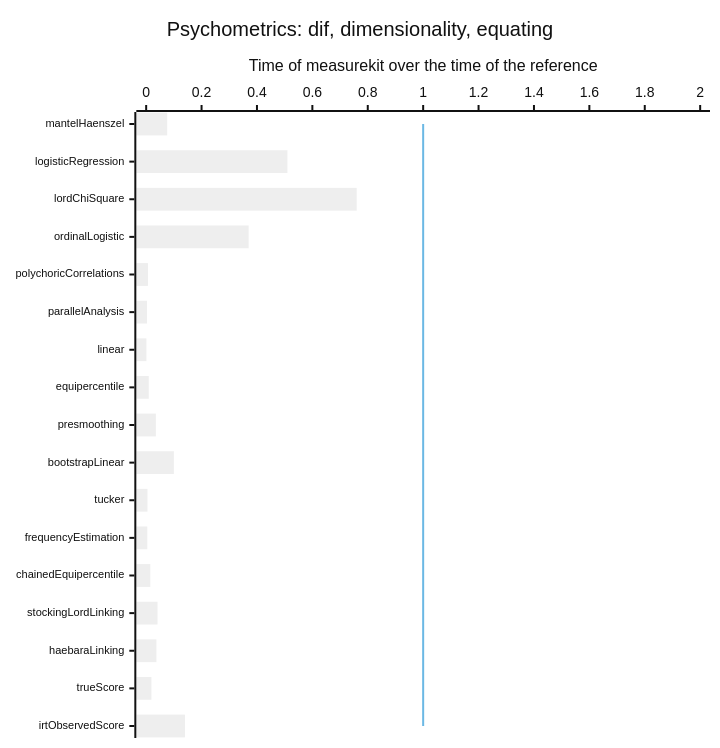
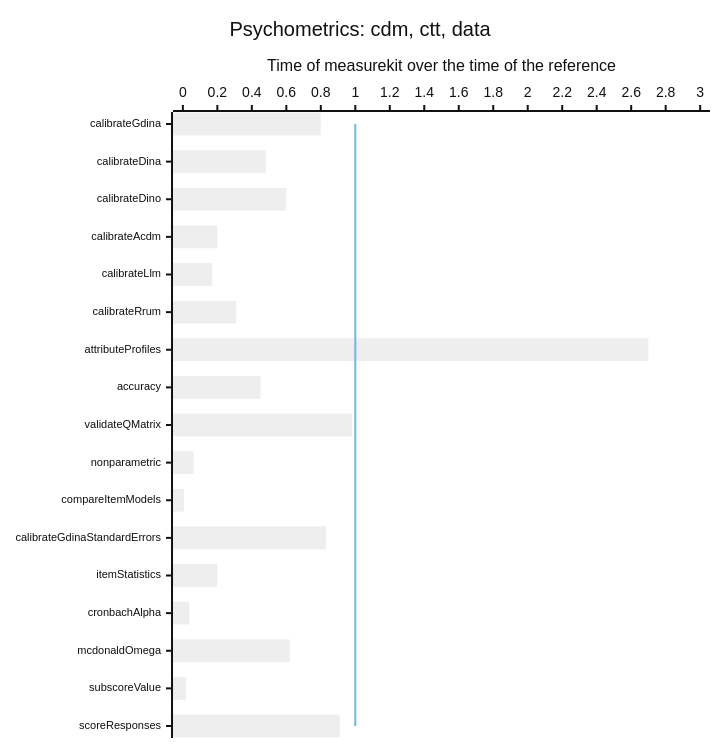
The fourth of 12 diagrams in docs/performance.md (measurekit/measurekit), drawn with Mermaid (neutral theme) before and after one commit. The commit also changed other lines of this file and 2 other files, not shown here.

````diff
--- a/docs/performance.md
+++ b/docs/performance.md
@@ -43,9 +43,9 @@
 ```mermaid
 %%{init: {"xyChart": {"height": 728, "xAxis": {"labelFontSize": 11}}}}%%
 xychart-beta horizontal
-  title "Psychometrics: dif, dimensionality, equating"
-  x-axis ["mantelHaenszel", "logisticRegression", "lordChiSquare", "ordinalLogistic", "polychoricCorrelations", "parallelAnalysis", "linear", "equipercentile", "presmoothing", "bootstrapLinear", "tucker", "frequencyEstimation", "chainedEquipercentile", "stockingLordLinking", "haebaraLinking", "trueScore", "irtObservedScore"]
-  y-axis "Time of measurekit over the time of the reference" 0 --> 2
-  bar [0.076, 0.51, 0.76, 0.37, 0.0065, 0.0031, 0.00081, 0.0093, 0.035, 0.1, 0.0047, 0.0041, 0.015, 0.041, 0.037, 0.019, 0.14]
+  title "Psychometrics: cdm, ctt, data"
+  x-axis ["calibrateGdina", "calibrateDina", "calibrateDino", "calibrateAcdm", "calibrateLlm", "calibrateRrum", "attributeProfiles", "accuracy", "validateQMatrix", "nonparametric", "compareItemModels", "calibrateGdinaStandardErrors", "itemStatistics", "cronbachAlpha", "mcdonaldOmega", "subscoreValue", "scoreResponses"]
+  y-axis "Time of measurekit over the time of the reference" 0 --> 3
+  bar [0.8, 0.48, 0.6, 0.2, 0.17, 0.31, 2.7, 0.45, 0.98, 0.062, 0.0065, 0.83, 0.2, 0.037, 0.62, 0.018, 0.91]
   line [1, 1, 1, 1, 1, 1, 1, 1, 1, 1, 1, 1, 1, 1, 1, 1, 1]
 ```
````
